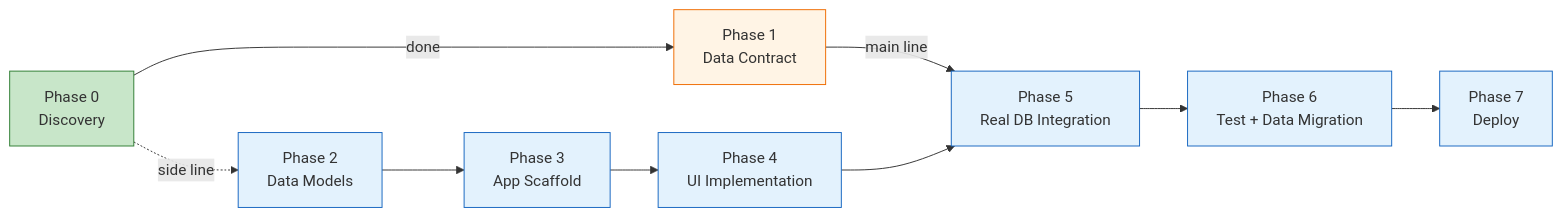
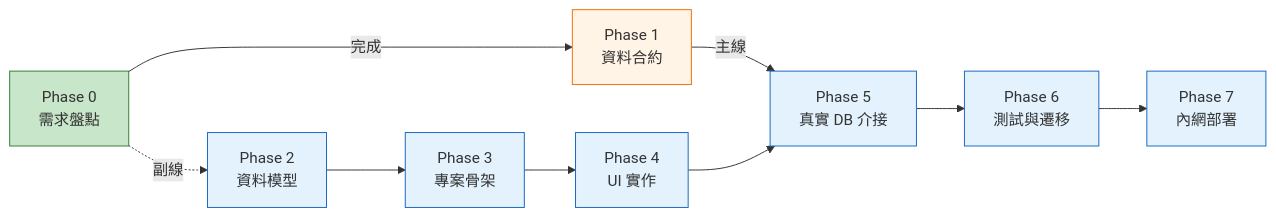
Before and after one commit to weixiang1130/Monthly-Cost-Control-Report: the eighth of 8 diagrams in docs/ARCHITECTURE.md, drawn with Mermaid. The commit also changed other lines of this file and 5 other files, not shown here.

````diff
--- a/docs/ARCHITECTURE.md
+++ b/docs/ARCHITECTURE.md
@@ -312,18 +312,18 @@
 ```mermaid
 flowchart LR
-    P0[Phase 0<br/>Discovery] -->|done| P1[Phase 1<br/>Data Contract]
-    P1 -->|main line| P5[Phase 5<br/>Real DB Integration]
-    P0 -.->|side line| P2[Phase 2<br/>Data Models]
-    P2 --> P3[Phase 3<br/>App Scaffold]
-    P3 --> P4[Phase 4<br/>UI Implementation]
+    P0[Phase 0<br/>需求盤點] -->|完成| P1[Phase 1<br/>資料合約]
+    P1 -->|主線| P5[Phase 5<br/>真實 DB 介接]
+    P0 -.->|副線| P2[Phase 2<br/>資料模型]
+    P2 --> P3[Phase 3<br/>專案骨架]
+    P3 --> P4[Phase 4<br/>UI 實作]
     P4 --> P5
-    P5 --> P6[Phase 6<br/>Test + Data Migration]
-    P6 --> P7[Phase 7<br/>Deploy]
+    P5 --> P6[Phase 6<br/>測試與遷移]
+    P6 --> P7[Phase 7<br/>內網部署]
 
     classDef done fill:#c8e6c9,stroke:#2e7d32
     classDef active fill:#fff4e5,stroke:#ef6c00
     classDef pending fill:#e3f2fd,stroke:#1565c0
     class P0 done
     class P1 active
     class P2,P3,P4,P5,P6,P7 pending
 ```
````
